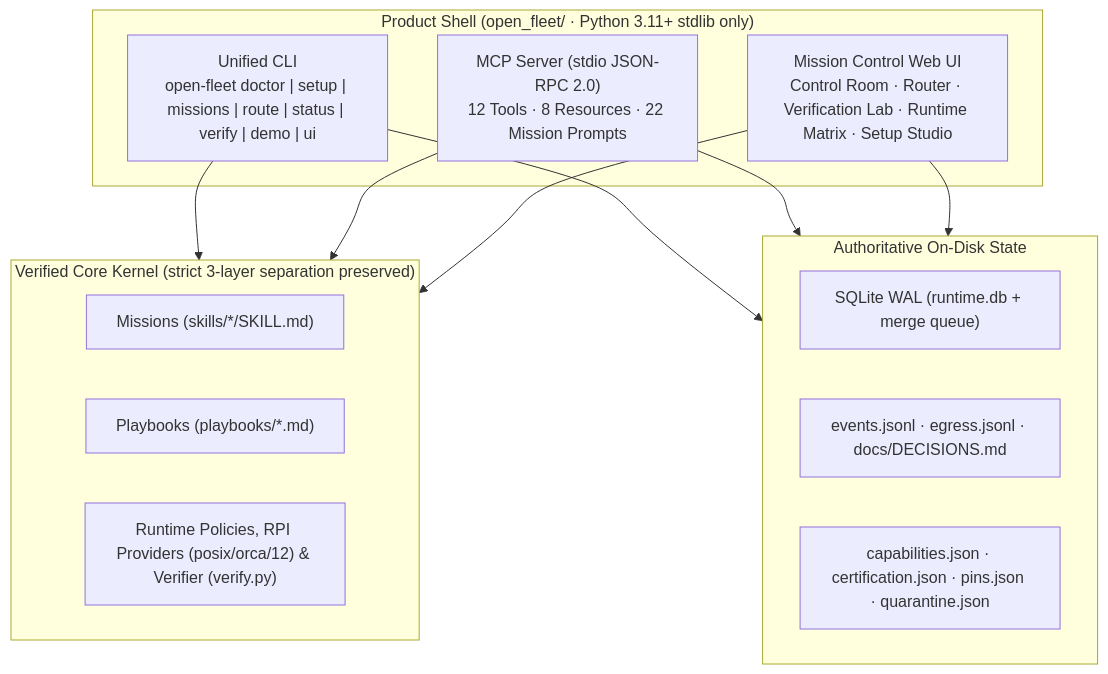
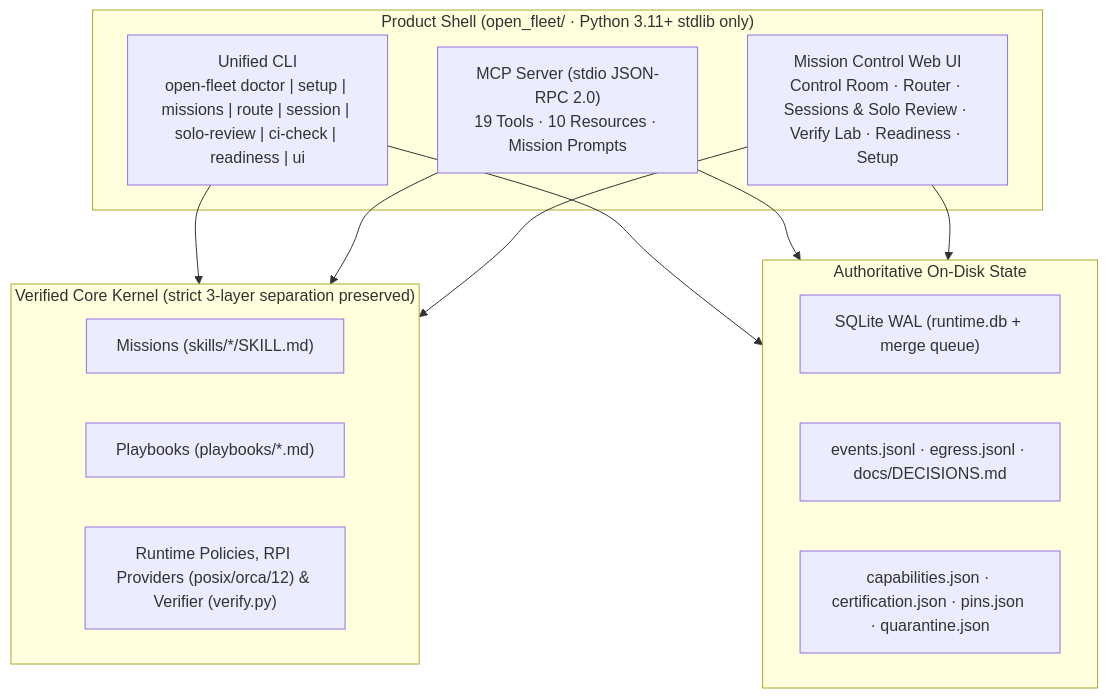
One commit to ravidsrk/open-fleet changed the diagram in docs/product-blueprint.md. Above: the diagram before and after it, drawn with Mermaid. The commit also changed other lines of this file and 15 other files, not shown here.

Commit message:
feat(product): add progressive sessions, solo-review lane, PR Action, and readiness workbench

````diff
--- a/docs/product-blueprint.md
+++ b/docs/product-blueprint.md
@@ -59,27 +59,27 @@
 ```mermaid
 flowchart TB
   subgraph ProductShell["Product Shell (open_fleet/ · Python 3.11+ stdlib only)"]
-    CLI["Unified CLI<br/>open-fleet doctor | setup | missions | route | status | verify | demo | ui"]
-    MCP["MCP Server (stdio JSON-RPC 2.0)<br/>12 Tools · 8 Resources · 22 Mission Prompts"]
-    UI["Mission Control Web UI<br/>Control Room · Router · Verification Lab · Runtime Matrix · Setup Studio"]
+    CLI["Unified CLI<br/>open-fleet doctor | setup | missions | route | session | solo-review | ci-check | readiness | ui"]
+    MCP["MCP Server (stdio JSON-RPC 2.0)<br/>19 Tools · 10 Resources · Mission Prompts"]
+    UI["Mission Control Web UI<br/>Control Room · Router · Sessions & Solo Review · Verify Lab · Readiness · Setup"]
   end
 
   subgraph CatalogKernel["Verified Core Kernel (strict 3-layer separation preserved)"]
     Missions["Missions (skills/*/SKILL.md)"]
     Playbooks["Playbooks (playbooks/*.md)"]
     Runtime["Runtime Policies, RPI Providers (posix/orca/12) & Verifier (verify.py)"]
   end
 
   subgraph State["Authoritative On-Disk State"]
     DB["SQLite WAL (runtime.db + merge queue)"]
     Logs["events.jsonl · egress.jsonl · docs/DECISIONS.md"]
     Registries["capabilities.json · certification.json · pins.json · quarantine.json"]
   end
 
   CLI --> CatalogKernel
   MCP --> CatalogKernel
   UI --> CatalogKernel
   CLI --> State
   MCP --> State
   UI --> State
 ```
````
